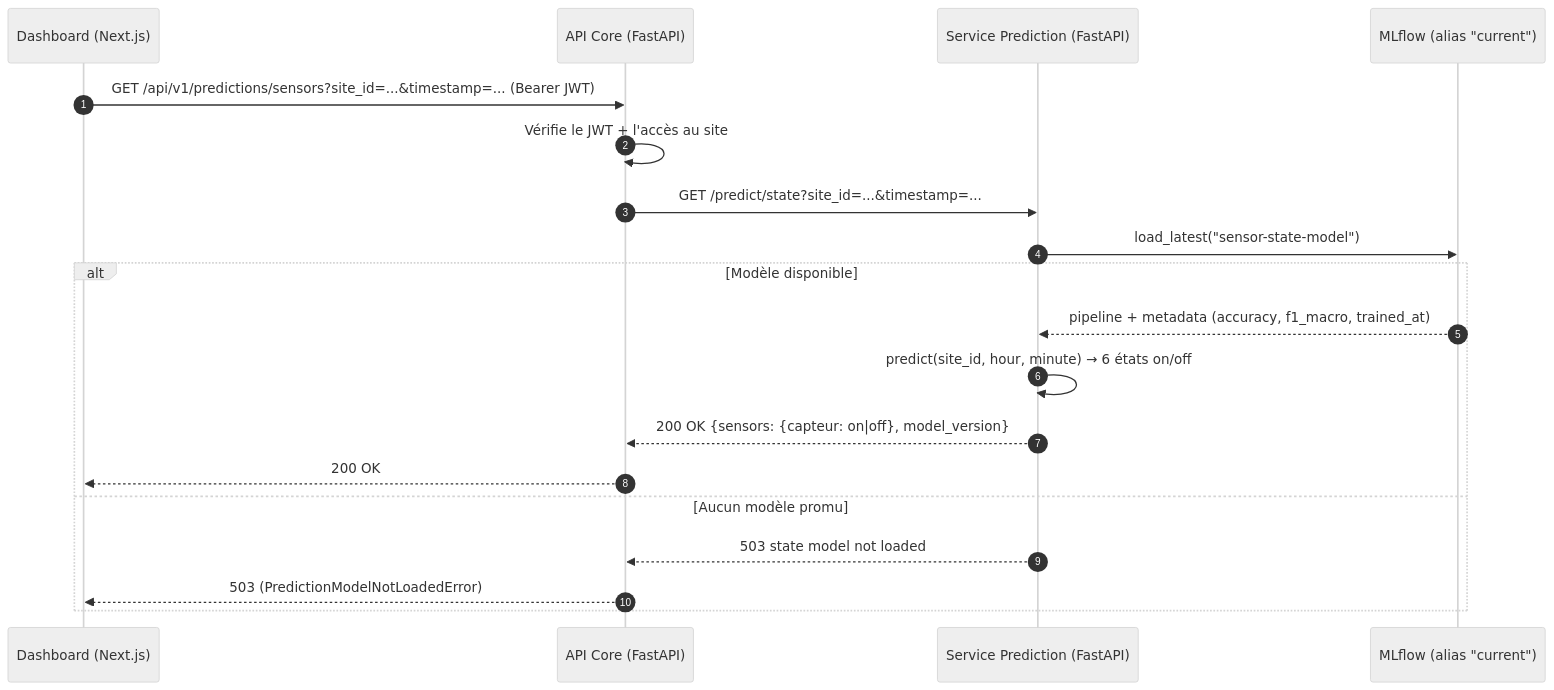
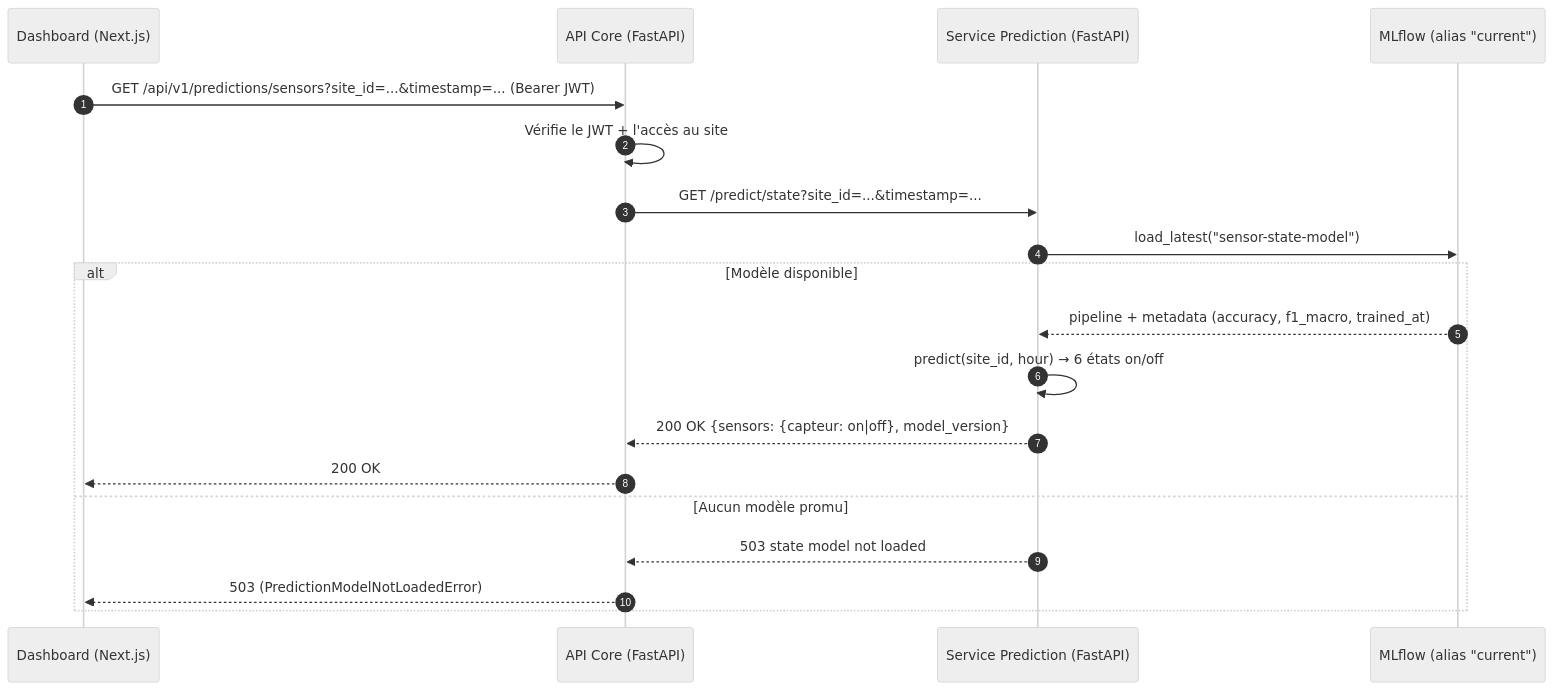
One commit to PetitPingu/EnerVision changed the third of 3 diagrams in apps/prediction/docs/state-model.md. Above: the diagram before and after it, drawn with Mermaid (neutral theme). The commit also changed other lines of this file and 8 other files, not shown here.

````diff
--- a/apps/prediction/docs/state-model.md
+++ b/apps/prediction/docs/state-model.md
@@ -148,22 +162,22 @@
 ```mermaid
 sequenceDiagram
     autonumber
     participant Client as Dashboard (Next.js)
     participant Core as API Core (FastAPI)
     participant Pred as Service Prediction (FastAPI)
     participant MLflow as MLflow (alias "current")
 
     Client->>Core: GET /api/v1/predictions/sensors?site_id=...&timestamp=... (Bearer JWT)
     Core->>Core: Vérifie le JWT + l'accès au site
     Core->>Pred: GET /predict/state?site_id=...&timestamp=...
     Pred->>MLflow: load_latest("sensor-state-model")
     alt Modèle disponible
         MLflow-->>Pred: pipeline + metadata (accuracy, f1_macro, trained_at)
-        Pred->>Pred: predict(site_id, hour, minute) → 6 états on/off
+        Pred->>Pred: predict(site_id, hour) → 6 états on/off
         Pred-->>Core: 200 OK {sensors: {capteur: on|off}, model_version}
         Core-->>Client: 200 OK
     else Aucun modèle promu
         Pred-->>Core: 503 state model not loaded
         Core-->>Client: 503 (PredictionModelNotLoadedError)
     end
 ```
````
